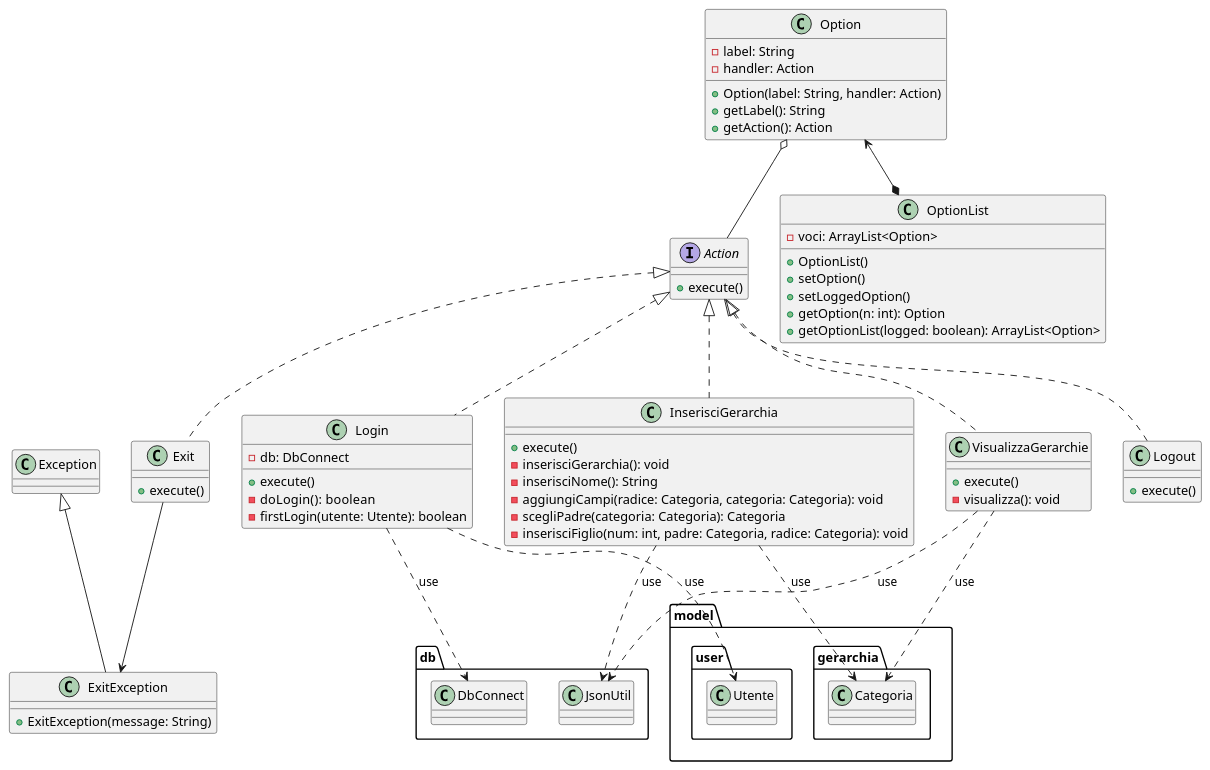
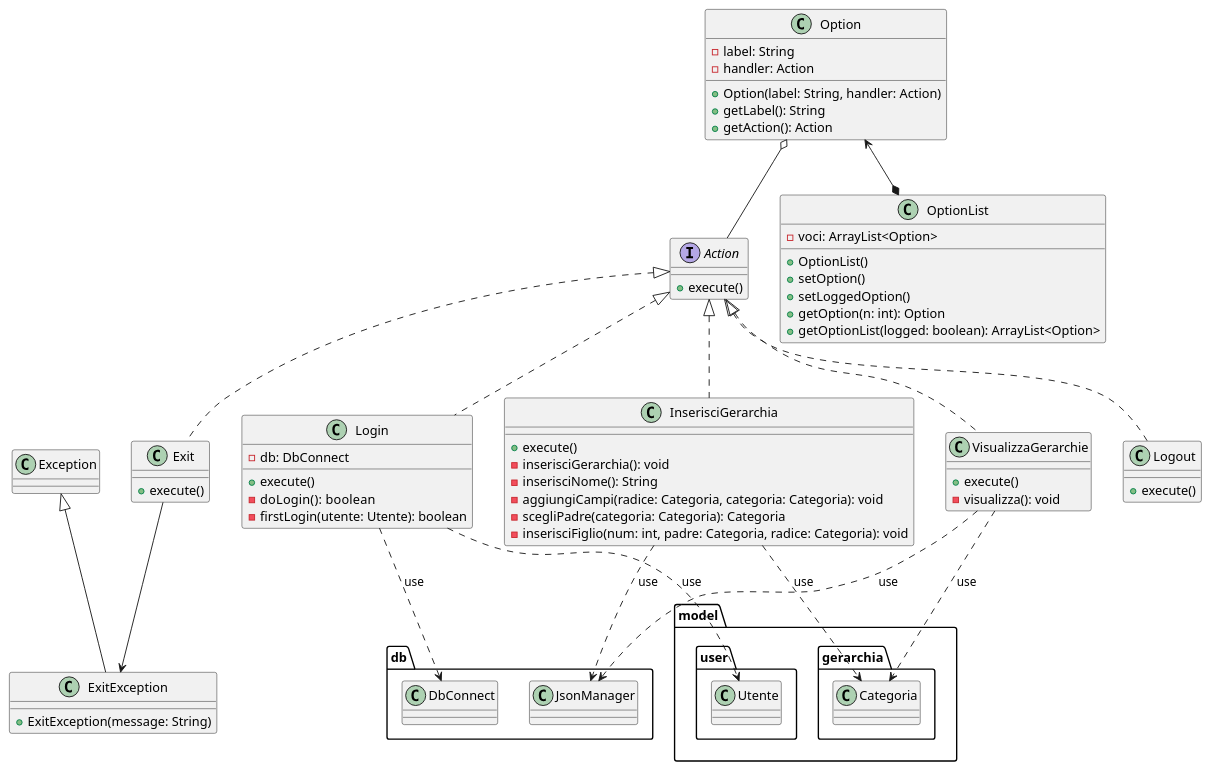
The diagram in Documentation/Ver1/controller.puml (bernagit/IngegneriaSoftware), drawn with PlantUML before and after one commit. The commit also changed 34 other files, not shown here.

Commit message:
updates uml diagram

```diff
--- a/Documentation/Ver1/controller.puml
+++ b/Documentation/Ver1/controller.puml
@@ -1,70 +1,70 @@
 @startuml controller
 
 interface Action{
     +execute()
 }
 
 class Option{
     -label: String
     -handler: Action
     +Option(label: String, handler: Action)
     +getLabel(): String
     +getAction(): Action
 }
 
 class OptionList{
     -voci: ArrayList<Option>
     +OptionList()
     +setOption()
     +setLoggedOption()
     +getOption(n: int): Option
     +getOptionList(logged: boolean): ArrayList<Option>
 }
 
 Option <--* OptionList
 Option o-- Action
 
 class ExitException extends Exception{
     +ExitException(message: String)
 }
 class Exit implements Action{
     +execute()
 }
 
 Exit --> ExitException
 
 class Login implements Action{
     -db: DbConnect
     +execute()
     -doLogin():  boolean
     -firstLogin(utente: Utente): boolean
 }
 
 class Logout implements Action{
     +execute()
 }
 
 class InserisciGerarchia implements Action{
     +execute()
     -inserisciGerarchia(): void
     -inserisciNome(): String
     -aggiungiCampi(radice: Categoria, categoria: Categoria): void
     -scegliPadre(categoria: Categoria): Categoria
     -inserisciFiglio(num: int, padre: Categoria, radice: Categoria): void
 
 }
 
 class VisualizzaGerarchie implements Action{
     +execute()
     -visualizza(): void
 }
 
 Login ..> model.user.Utente: use
 Login ..> db.DbConnect: use
 InserisciGerarchia ..> model.gerarchia.Categoria: use
 VisualizzaGerarchie ..> model.gerarchia.Categoria: use
-InserisciGerarchia ..> db.JsonUtil: use
-VisualizzaGerarchie ..> db.JsonUtil: use
+InserisciGerarchia ..> db.JsonManager: use
+VisualizzaGerarchie ..> db.JsonManager: use
 
 
 @enduml
```
